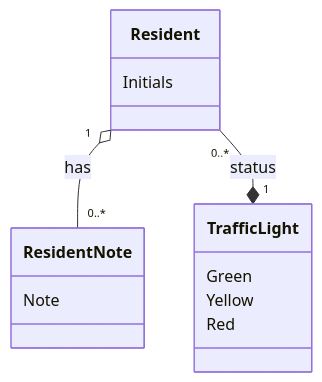
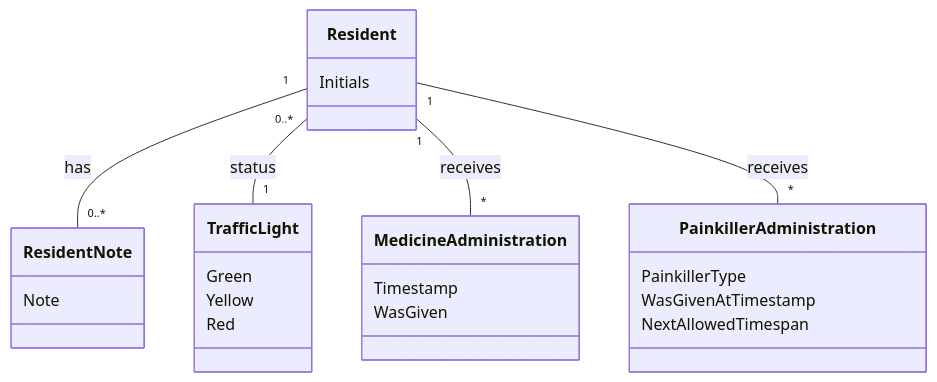
Before and after one commit to DMOoF25-Team6/Slottets-Drifttavlen: the diagram in docs/dm.0001.md, drawn with Mermaid. The commit also changed other lines of this file and 11 other files, not shown here.

````diff
--- a/docs/dm.0001.md
+++ b/docs/dm.0001.md
@@ -15,17 +15,28 @@
 ```mermaid
 %% Domain Model Diagram for Slottets Drifttavlen
 classDiagram
     class Resident {
         Initials
     }
     class ResidentNote {
         Note
     }
     class TrafficLight {
         Green
         Yellow
         Red
     }
-    Resident "1" o-- "0..*" ResidentNote : has
-    Resident "0..*" --* "1" TrafficLight : status
+    class MedicineAdministration {
+        Timestamp
+        WasGiven
+    }
+    class PainkillerAdministration {
+        PainkillerType
+        WasGivenAtTimestamp
+        NextAllowedTimespan
+    }
+    Resident "1" -- "0..*" ResidentNote : has
+    Resident "0..*" -- "1" TrafficLight : status
+    Resident "1" -- "*" MedicineAdministration : receives
+    Resident "1" -- "*" PainkillerAdministration : receives
 ```
````
